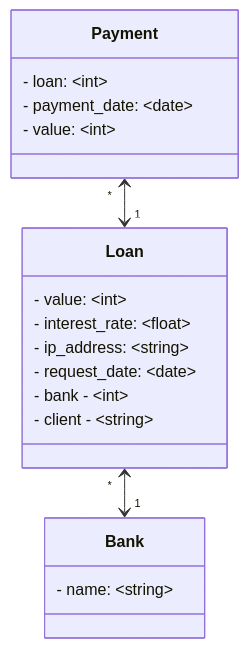
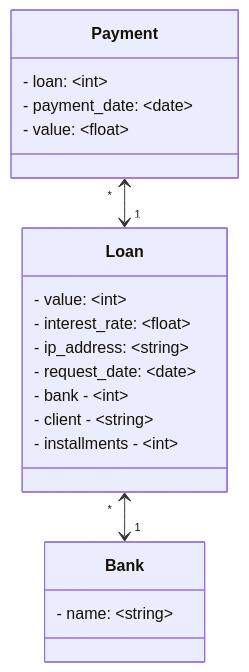
One commit to fczanetti/loan_api changed the diagram in README.md. Above: the diagram before and after it, drawn with Mermaid. The commit also changed other lines of this file and 2 other files, not shown here.

````diff
--- a/README.md
+++ b/README.md
@@ -25,25 +26,26 @@
 ```mermaid
 classDiagram
 
     Loan "*" <--> "1" Bank
     Payment "*" <--> "1" Loan
 
     class Bank {
         - name: ~string~
     }
 
     class Loan {
         - value: ~int~
         - interest_rate: ~float~
         - ip_address: ~string~
         - request_date: ~date~
         - bank - ~int~
         - client - ~string~
+        - installments - ~int~
     }
 
     class Payment {
         - loan: ~int~
         - payment_date: ~date~
-        - value: ~int~
+        - value: ~float~
     }
 ```
````
